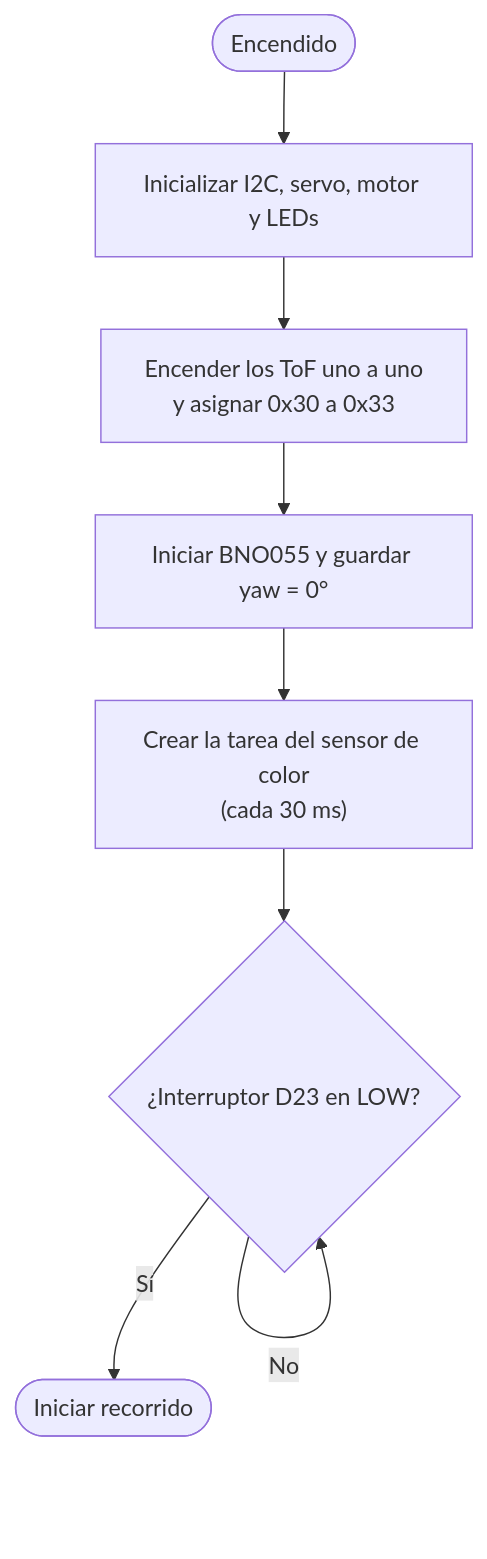
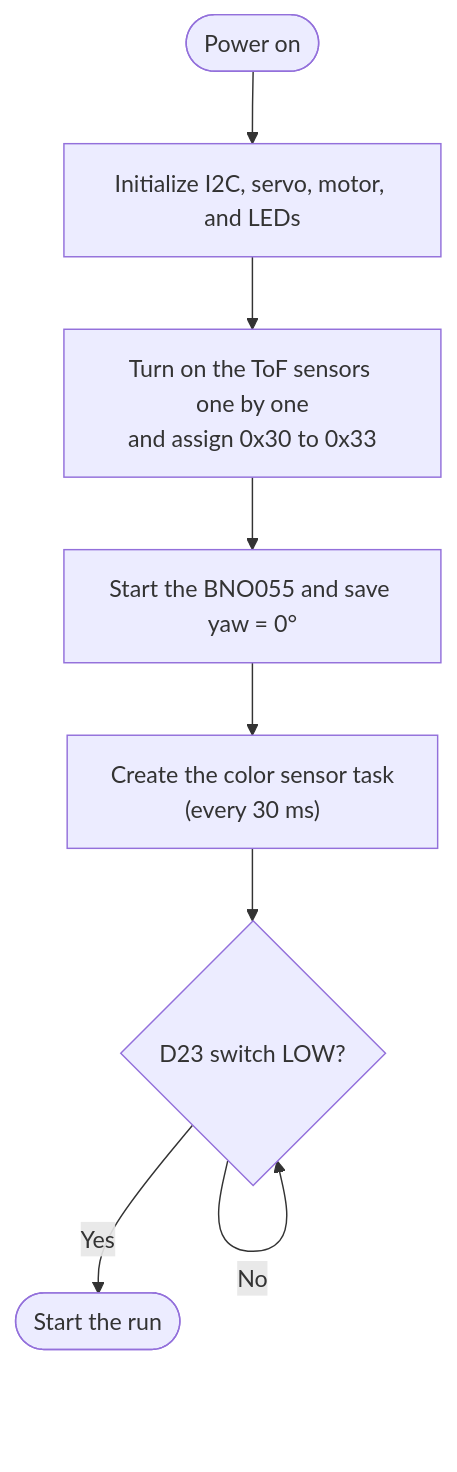
Diagram 11 of 18 in README.md (erchivox/Prometheus-Team-2026), drawn with Mermaid before and after one commit. The commit also changed other lines of this file and 8 other files, not shown here.

````diff
--- a/README.md
+++ b/README.md
@@ -1636,10 +1636,10 @@
 ```mermaid
 flowchart TD
-    A(["Encendido"]) --> B["Inicializar I2C, servo, motor y LEDs"]
-    B --> C["Encender los ToF uno a uno<br/>y asignar 0x30 a 0x33"]
-    C --> D["Iniciar BNO055 y guardar yaw = 0°"]
-    D --> E["Crear la tarea del sensor de color<br/>(cada 30 ms)"]
-    E --> F{"¿Interruptor D23 en LOW?"}
+    A(["Power on"]) --> B["Initialize I2C, servo, motor, and LEDs"]
+    B --> C["Turn on the ToF sensors one by one<br/>and assign 0x30 to 0x33"]
+    C --> D["Start the BNO055 and save yaw = 0°"]
+    D --> E["Create the color sensor task<br/>(every 30 ms)"]
+    E --> F{"D23 switch LOW?"}
     F -- No --> F
-    F -- Sí --> G(["Iniciar recorrido"])
+    F -- Yes --> G(["Start the run"])
 ```
````
